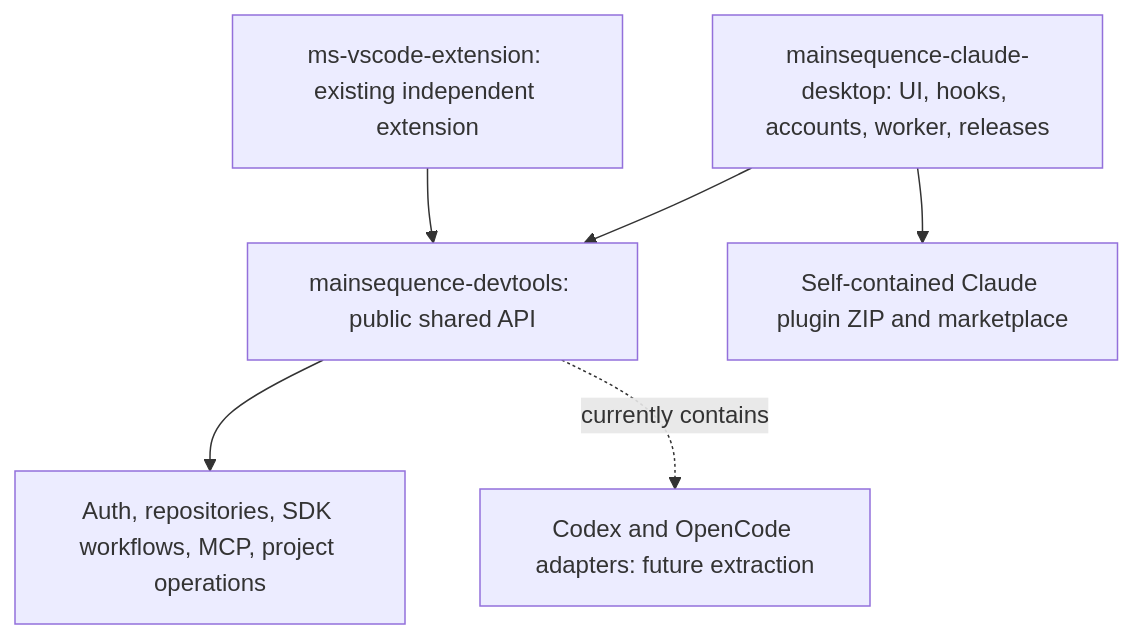
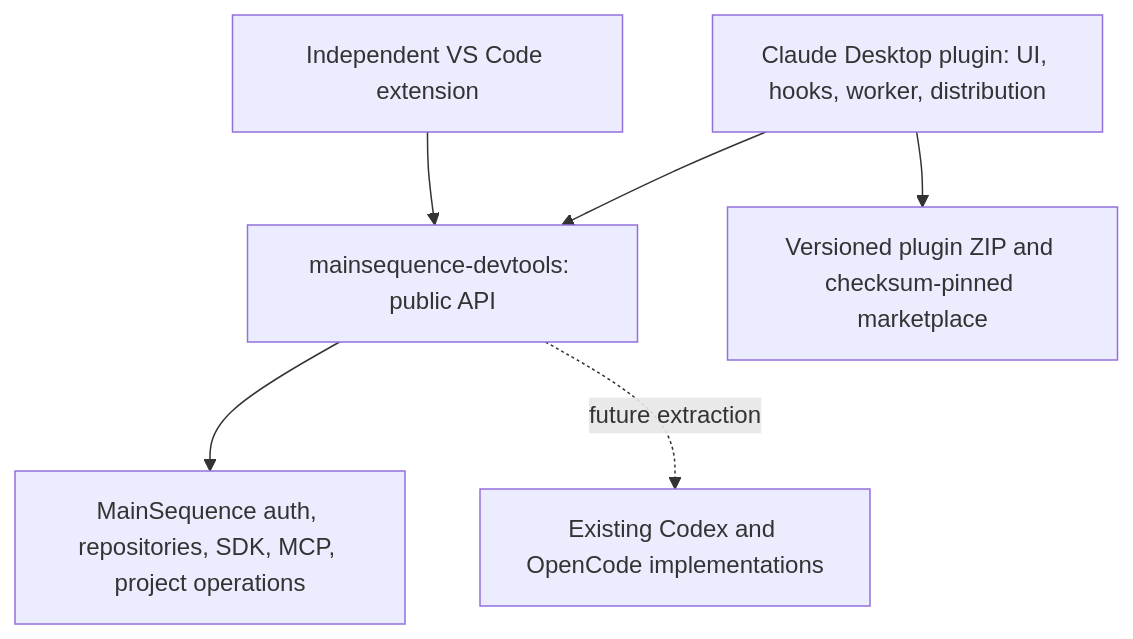
The diagram in docs/adr/0004-claude-desktop-mod.md (mainsequence-sdk/mainsequence-claude-desktop), drawn with Mermaid before and after one commit. The commit also changed other lines of this file and 29 other files, not shown here.

Commit message:
Release approved Claude Desktop layout as 0.4.0

````diff
--- a/docs/adr/0004-claude-desktop-mod.md
+++ b/docs/adr/0004-claude-desktop-mod.md
@@ -15,8 +13,8 @@
 ```mermaid
 flowchart TD
-  Claude[mainsequence-claude-desktop: UI, hooks, accounts, worker, releases] --> Core[mainsequence-devtools: public shared API]
-  VSCode[ms-vscode-extension: existing independent extension] --> Core
-  Core --> Shared[Auth, repositories, SDK workflows, MCP, project operations]
-  Core -. currently contains .-> Hosts[Codex and OpenCode adapters: future extraction]
-  Claude --> Plugin[Self-contained Claude plugin ZIP and marketplace]
+  Claude[Claude Desktop plugin: UI, hooks, worker, distribution] --> Core[mainsequence-devtools: public API]
+  VSCode[Independent VS Code extension] --> Core
+  Core --> Shared[MainSequence auth, repositories, SDK, MCP, project operations]
+  Core -. future extraction .-> Other[Existing Codex and OpenCode implementations]
+  Claude --> ZIP[Versioned plugin ZIP and checksum-pinned marketplace]
 ```
````
